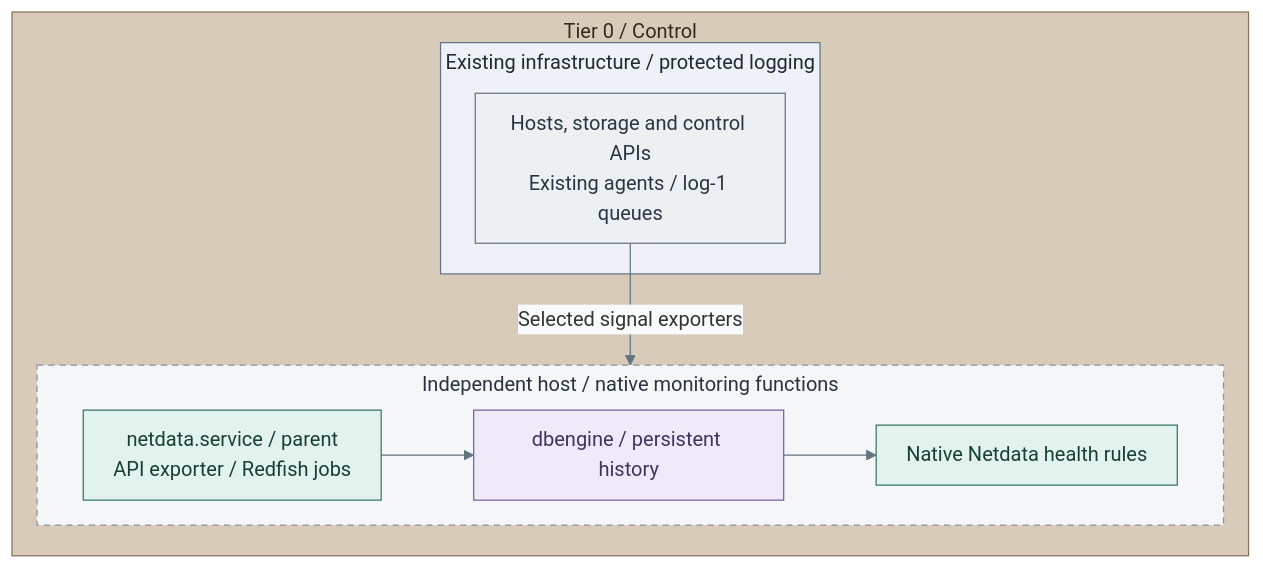
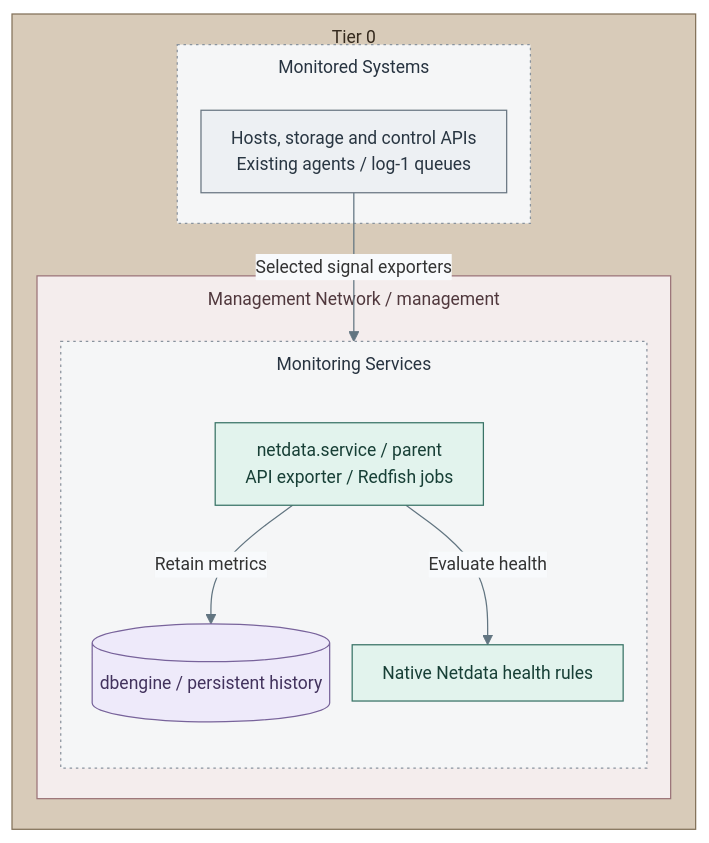
The second of 3 diagrams in docs/03-deployment/stage-6-secrets/procedures/independent-monitoring.md (Rexus/homelab), drawn with Mermaid before and after one commit. The commit also changed other lines of this file and 124 other files, not shown here.

First line of the commit message:
fix(platform): align service diagrams and directory failover

````diff
--- a/docs/03-deployment/stage-6-secrets/procedures/independent-monitoring.md
+++ b/docs/03-deployment/stage-6-secrets/procedures/independent-monitoring.md
@@ -199,29 +206,33 @@
 ```mermaid
-%%{init: {"theme":"base","flowchart":{"nodeSpacing":20,"rankSpacing":24,"padding":12,"subGraphTitleMargin":{"top":4,"bottom":12}},"themeVariables":{"lineColor":"#627581","edgeLabelBackground":"#f8fafc"}}}%%
-flowchart RL
-  subgraph T0["Tier 0 / Control"]
-    subgraph Existing["Existing infrastructure / protected logging"]
+%%{init: {"theme":"base","flowchart":{"nodeSpacing":18,"rankSpacing":24,"padding":12,"subGraphTitleMargin":{"top":8,"bottom":20}},"themeVariables":{"lineColor":"#627581","edgeLabelBackground":"#f8fafc","fontFamily":"Arial, sans-serif","fontSize":"14px"},"fontFamily":"Arial, sans-serif"}}%%
+flowchart LR
+  subgraph T0["Tier 0"]
+    subgraph Existing["Monitored Systems"]
       Sources["Hosts, storage and control APIs<br/>Existing agents / log-1 queues"]
     end
-    subgraph Project["Independent host / native monitoring functions"]
-      Parent["netdata.service / parent<br/>API exporter / Redfish jobs"]
-      Metrics["dbengine / persistent history"]
-      Rules["Native Netdata health rules"]
-      Parent --> Metrics --> Rules
+    subgraph ManagementNetwork["Management Network / management"]
+      subgraph Project["Monitoring Services"]
+        direction TB
+        Parent["netdata.service / parent<br/>API exporter / Redfish jobs"]
+        Metrics[("dbengine / persistent history")]
+        Rules["Native Netdata health rules"]
+        Parent -->|Retain metrics| Metrics
+        Parent -->|Evaluate health| Rules
+      end
     end
-    Sources -->|Selected signal exporters| Project
+    Sources -->|Selected signal exporters| Parent
   end
   classDef default fill:#f8fafc,stroke:#64748b,color:#1f2937
+  classDef tier0 fill:#d8cbb9,stroke:#83715a,color:#352a1e
+  classDef group fill:#f5f6f7,stroke:#89939e,color:#273340,stroke-dasharray:2 3
+  classDef network fill:#f4eded,stroke:#9b7378,color:#50383d
   classDef actor fill:#edf0f3,stroke:#697682,color:#293642
+  classDef control fill:#e2f3ed,stroke:#397366,color:#173f36
   classDef data fill:#eeeafa,stroke:#78639b,color:#42325d
-  classDef control fill:#e2f3ed,stroke:#397366,color:#173f36
-  classDef boundary fill:#eef2f6,stroke:#64748b,color:#1f2937
-  classDef replicas fill:#f5f6f7,stroke:#89939e,color:#273340,stroke-dasharray:5 4
+  class T0 tier0
+  class Existing,Project group
+  class ManagementNetwork network
   class Sources actor
+  class Parent,Rules control
   class Metrics data
-  class Parent,Rules control
-  class Existing boundary
-  class Project replicas
-  classDef tier0 fill:#d8cbb9,stroke:#83715a,color:#352a1e
-  class T0 tier0
 ```
````
